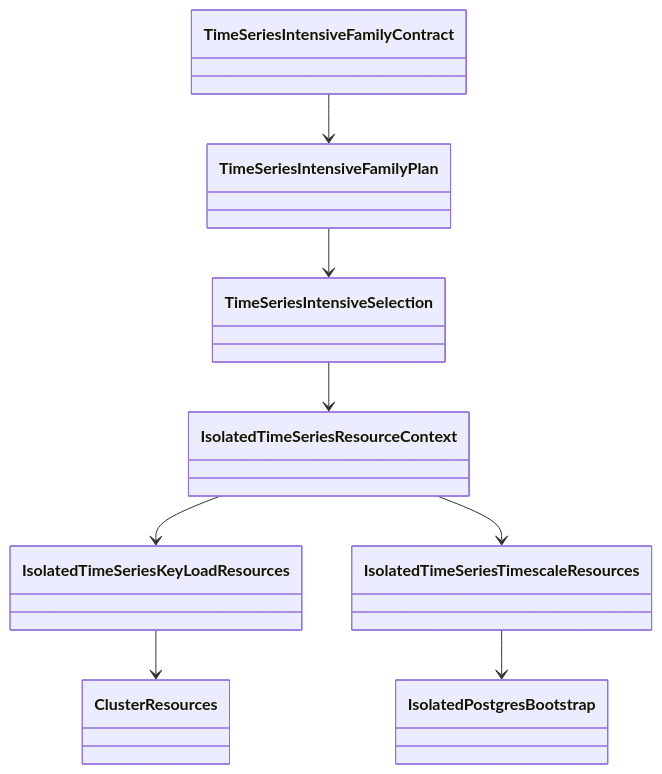
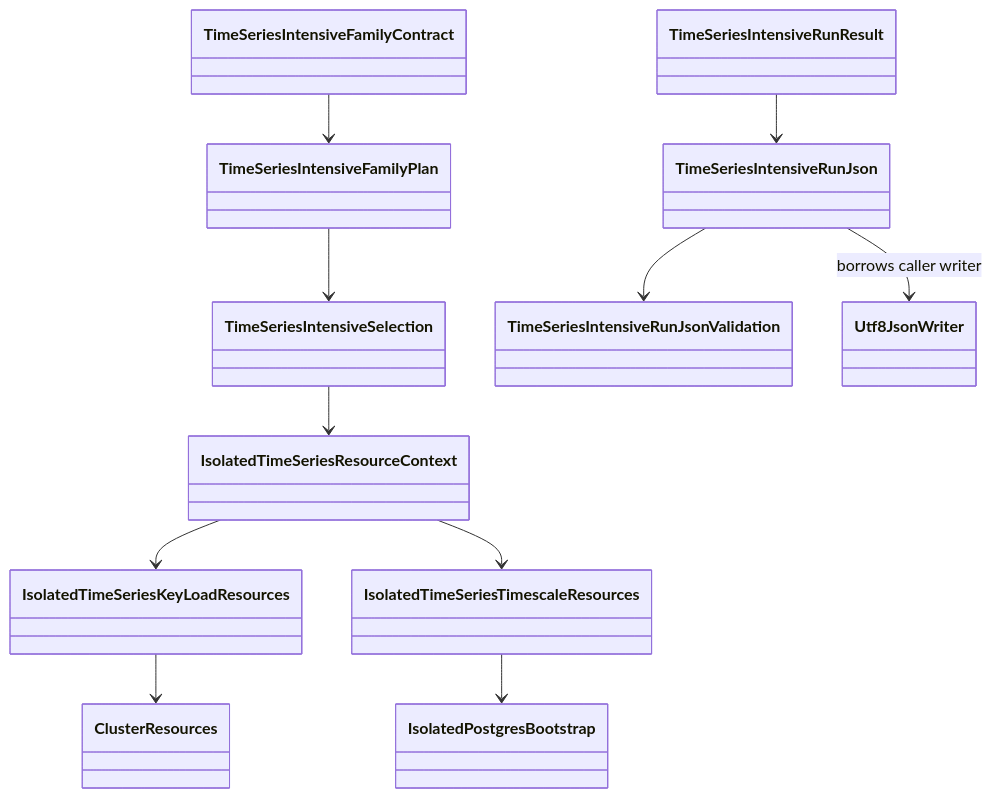
Before and after one commit to managedcode/KeyLoad: diagram 20 of 32 in docs/Architecture.md, drawn with Mermaid. The commit also changed 16 other files, not shown here.

Commit message:
Preserve intensive TimeSeries raw evidence and repair site source gates

````diff
--- a/docs/Architecture.md
+++ b/docs/Architecture.md
@@ -449,10 +449,13 @@
 ```mermaid
 classDiagram
     TimeSeriesIntensiveSelection --> IsolatedTimeSeriesResourceContext
     TimeSeriesIntensiveFamilyContract --> TimeSeriesIntensiveFamilyPlan
     TimeSeriesIntensiveFamilyPlan --> TimeSeriesIntensiveSelection
+    TimeSeriesIntensiveRunResult --> TimeSeriesIntensiveRunJson
+    TimeSeriesIntensiveRunJson --> TimeSeriesIntensiveRunJsonValidation
+    TimeSeriesIntensiveRunJson --> Utf8JsonWriter : borrows caller writer
     IsolatedTimeSeriesResourceContext --> IsolatedTimeSeriesKeyLoadResources
     IsolatedTimeSeriesResourceContext --> IsolatedTimeSeriesTimescaleResources
     IsolatedTimeSeriesKeyLoadResources --> ClusterResources
     IsolatedTimeSeriesTimescaleResources --> IsolatedPostgresBootstrap
 ```
````
